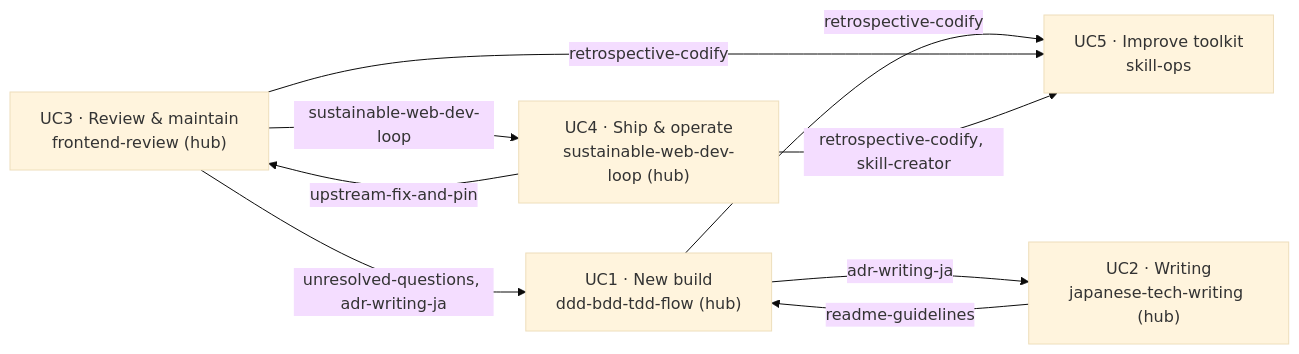
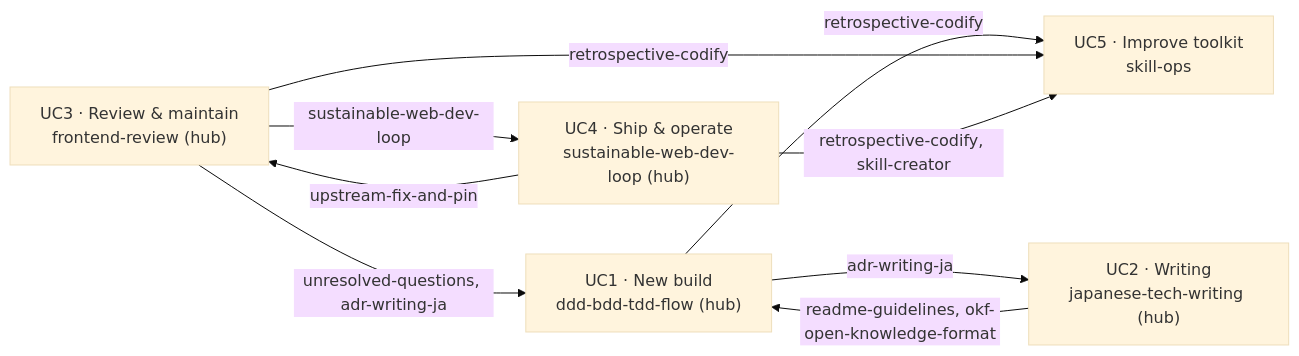
One commit to krkrkrr/skills changed the diagram in README-ja.md. Above: the diagram before and after it, drawn with Mermaid (base theme). The commit also changed other lines of this file and 37 other files, not shown here.

First line of the commit message:
feat(skills): add okf-open-knowledge-format and write exchangeable knowledge as OKF

````diff
--- a/README-ja.md
+++ b/README-ja.md
@@ -61,17 +61,17 @@
 ```mermaid
 flowchart LR
   UC1["UC1 · New build<br/>ddd-bdd-tdd-flow (hub)"]
   UC2["UC2 · Writing<br/>japanese-tech-writing (hub)"]
   UC3["UC3 · Review & maintain<br/>frontend-review (hub)"]
   UC4["UC4 · Ship & operate<br/>sustainable-web-dev-loop (hub)"]
   UC5["UC5 · Improve toolkit<br/>skill-ops"]
 
-  UC2 -->|readme-guidelines| UC1
+  UC2 -->|readme-guidelines, okf-open-knowledge-format| UC1
   UC1 -->|adr-writing-ja| UC2
   UC3 -->|sustainable-web-dev-loop| UC4
   UC4 -->|upstream-fix-and-pin| UC3
   UC3 -->|unresolved-questions, adr-writing-ja| UC1
   UC1 -->|retrospective-codify| UC5
   UC3 -->|retrospective-codify| UC5
   UC4 -->|retrospective-codify, skill-creator| UC5
 ```
````
